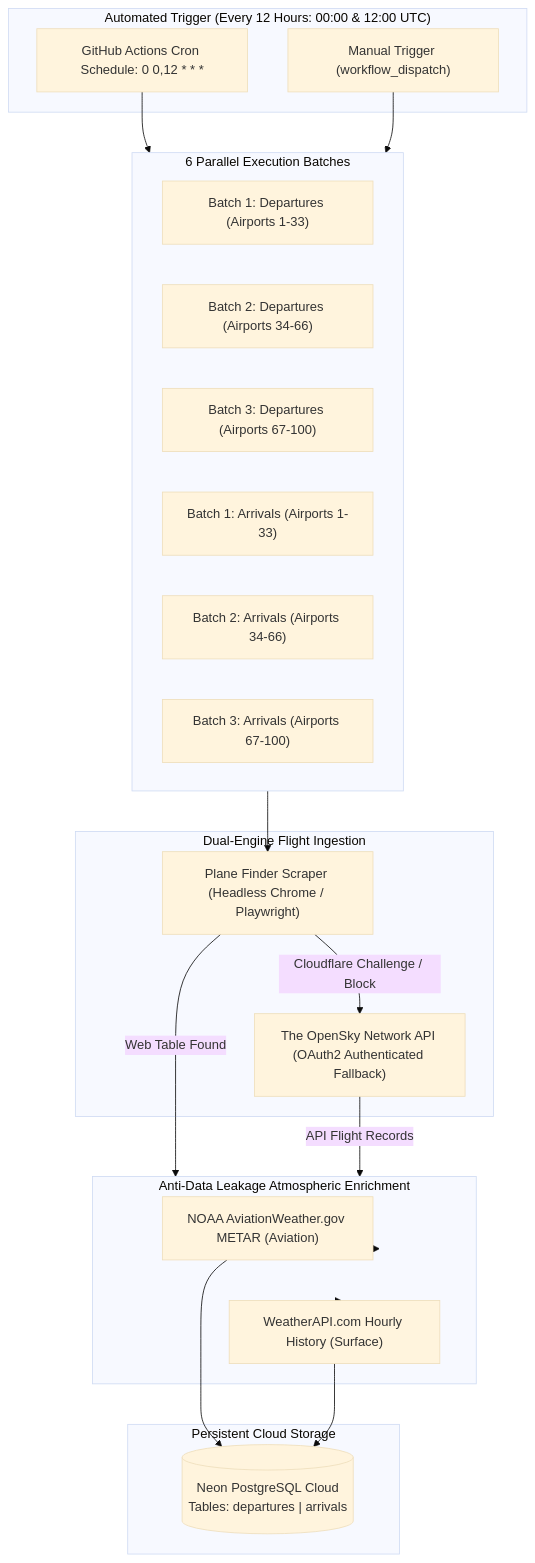
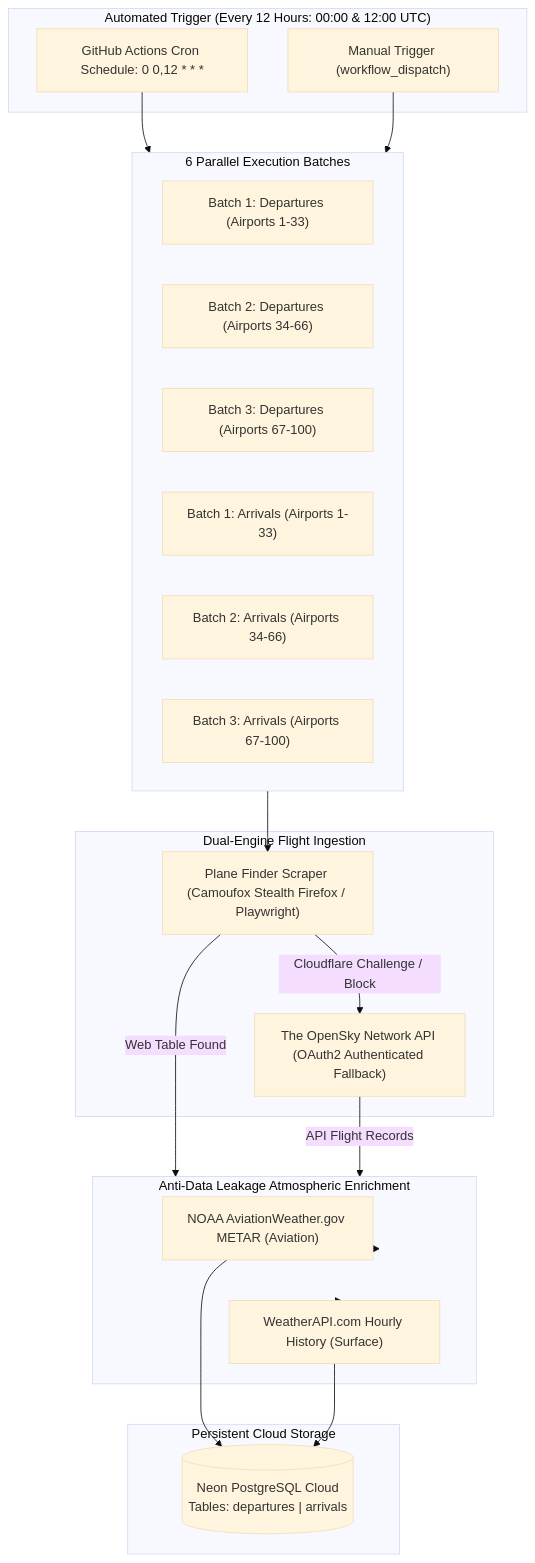
Before and after one commit to MohamedAlaa2005/delay_data: the diagram in PROJECT_SUMMARY.md, drawn with Mermaid (base theme). The commit also changed 6 other files, not shown here.

Commit message:
feat: replace Chrome with Camoufox stealth browser across scrapers and CI

````diff
--- a/PROJECT_SUMMARY.md
+++ b/PROJECT_SUMMARY.md
@@ -9,41 +9,41 @@
 ```mermaid
 flowchart TD
     subgraph Scheduling ["Automated Trigger (Every 12 Hours: 00:00 & 12:00 UTC)"]
         CRON["GitHub Actions Cron Schedule: 0 0,12 * * *"]
         DISPATCH["Manual Trigger (workflow_dispatch)"]
     end
 
     subgraph Matrix ["6 Parallel Execution Batches"]
         B1D["Batch 1: Departures (Airports 1-33)"]
         B2D["Batch 2: Departures (Airports 34-66)"]
         B3D["Batch 3: Departures (Airports 67-100)"]
         B1A["Batch 1: Arrivals (Airports 1-33)"]
         B2A["Batch 2: Arrivals (Airports 34-66)"]
         B3A["Batch 3: Arrivals (Airports 67-100)"]
     end
 
     subgraph Ingestion ["Dual-Engine Flight Ingestion"]
-        PF["Plane Finder Scraper (Headless Chrome / Playwright)"]
+        PF["Plane Finder Scraper (Camoufox Stealth Firefox / Playwright)"]
         OS["The OpenSky Network API (OAuth2 Authenticated Fallback)"]
     end
 
     subgraph Enrichment ["Anti-Data Leakage Atmospheric Enrichment"]
         METAR["NOAA AviationWeather.gov METAR (Aviation)"]
         WAPI["WeatherAPI.com Hourly History (Surface)"]
     end
 
     subgraph Storage ["Persistent Cloud Storage"]
         NEON[("Neon PostgreSQL Cloud\nTables: departures | arrivals")]
     end
 
     CRON --> Matrix
     DISPATCH --> Matrix
     Matrix --> PF
     PF -->|Cloudflare Challenge / Block| OS
     PF -->|Web Table Found| Enrichment
     OS -->|API Flight Records| Enrichment
     Enrichment --> METAR
     Enrichment --> WAPI
     METAR --> NEON
     WAPI --> NEON
 ```
````
